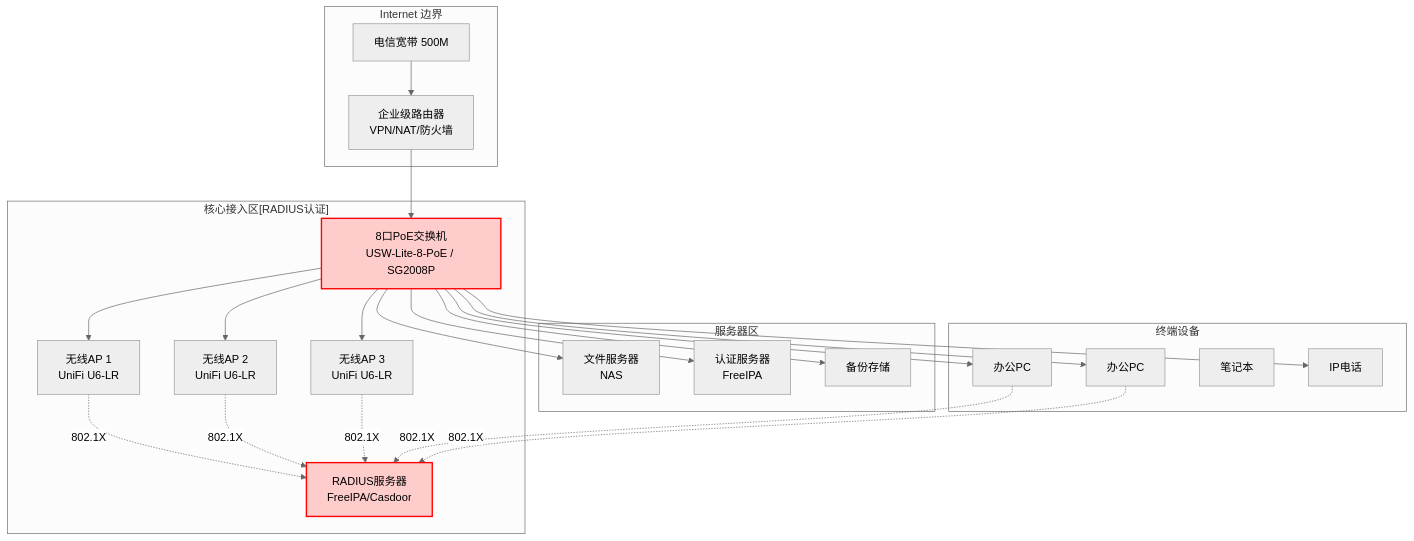
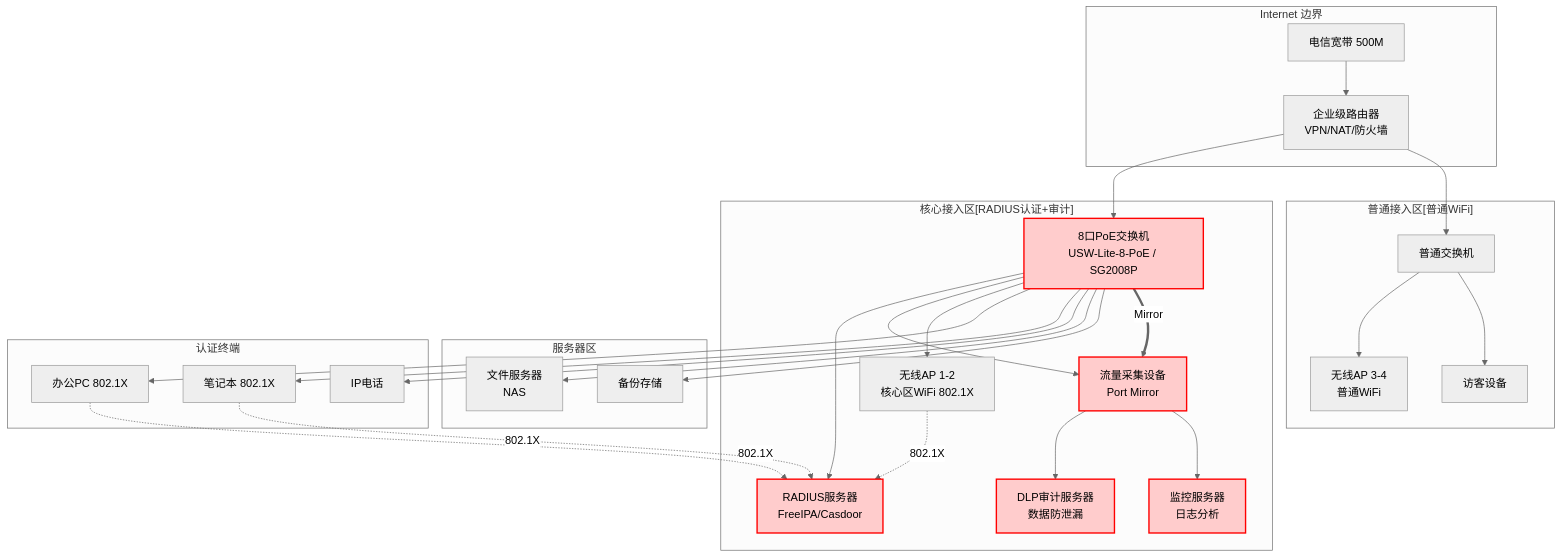
Before and after one commit to stars-labs/full-it-infra-design-docs: the first of 3 diagrams in docs/network-architecture.md, drawn with Mermaid (neutral theme). The commit also changed other lines of this file, not shown here.

Commit message:
Update network architecture: distinguish core zone (RADIUS+Port Mirror+DLP) from normal zone (普通WiFi)

````diff
--- a/docs/network-architecture.md
+++ b/docs/network-architecture.md
@@ -17,52 +17,69 @@
 ```mermaid
 graph TB
     subgraph "Internet 边界"
         ISP[电信宽带 500M]
         ROUTER[企业级路由器<br/>VPN/NAT/防火墙]
     end
 
-    subgraph "核心接入区[RADIUS认证]"
-        SWITCH[8口PoE交换机<br/>USW-Lite-8-PoE / SG2008P]
+    subgraph "核心接入区[RADIUS认证+审计]"
+        CORE_SWITCH[8口PoE交换机<br/>USW-Lite-8-PoE / SG2008P]
         RADIUS[RADIUS服务器<br/>FreeIPA/Casdoor]
-        AP1[无线AP 1<br/>UniFi U6-LR]
-        AP2[无线AP 2<br/>UniFi U6-LR]
-        AP3[无线AP 3<br/>UniFi U6-LR]
+        TAP[流量采集设备<br/>Port Mirror]
+        DLP[DLP审计服务器<br/>数据防泄漏]
+        MON[监控服务器<br/>日志分析]
+        AP_CORE[无线AP 1-2<br/>核心区WiFi 802.1X]
+    end
+
+    subgraph "普通接入区[普通WiFi]"
+        SWITCH2[普通交换机]
+        AP_GUEST[无线AP 3-4<br/>普通WiFi]
+        PC_GUEST[访客设备]
     end
 
     subgraph "服务器区"
         FILE[文件服务器<br/>NAS]
-        AUTH[认证服务器<br/>FreeIPA]
         BACKUP[备份存储]
     end
 
-    subgraph "终端设备"
-        PC1[办公PC]
-        PC2[办公PC]
-        LAPTOP[笔记本]
+    subgraph "认证终端"
+        PC1[办公PC 802.1X]
+        LAPTOP[笔记本 802.1X]
         PHONE[IP电话]
     end
 
-    %% 连接关系
+    %% 边界连接
     ISP --> ROUTER
-    ROUTER --> SWITCH
-    SWITCH --> AP1
-    SWITCH --> AP2
-    SWITCH --> AP3
-    SWITCH --> PC1
-    SWITCH --> PC2
-    SWITCH --> PHONE
-    SWITCH --> AUTH
-    SWITCH --> FILE
-    SWITCH --> BACKUP
+    ROUTER --> CORE_SWITCH
+    ROUTER --> SWITCH2
+
+    %% 核心区连接
+    CORE_SWITCH --> RADIUS
+    CORE_SWITCH --> TAP
+    TAP --> DLP
+    TAP --> MON
+    CORE_SWITCH --> AP_CORE
+    CORE_SWITCH --> PC1
+    CORE_SWITCH --> LAPTOP
+    CORE_SWITCH --> PHONE
+    CORE_SWITCH --> FILE
+    CORE_SWITCH --> BACKUP
+
+    %% 普通区连接
+    SWITCH2 --> AP_GUEST
+    SWITCH2 --> PC_GUEST
 
     %% RADIUS认证流量
-    AP1 -.->|802.1X| RADIUS
-    AP2 -.->|802.1X| RADIUS
-    AP3 -.->|802.1X| RADIUS
+    AP_CORE -.->|802.1X| RADIUS
     PC1 -.->|802.1X| RADIUS
-    PC2 -.->|802.1X| RADIUS
+    LAPTOP -.->|802.1X| RADIUS
+
+    %% Port Mirror流量
+    CORE_SWITCH ==Mirror==> TAP
 
     %% 样式
-    style SWITCH fill:#ffcccc,stroke:#ff0000,stroke-width:2px
+    style CORE_SWITCH fill:#ffcccc,stroke:#ff0000,stroke-width:2px
     style RADIUS fill:#ffcccc,stroke:#ff0000,stroke-width:2px
+    style TAP fill:#ffcccc,stroke:#ff0000,stroke-width:2px
+    style DLP fill:#ffcccc,stroke:#ff0000,stroke-width:2px
+    style MON fill:#ffcccc,stroke:#ff0000,stroke-width:2px
 ```
````
